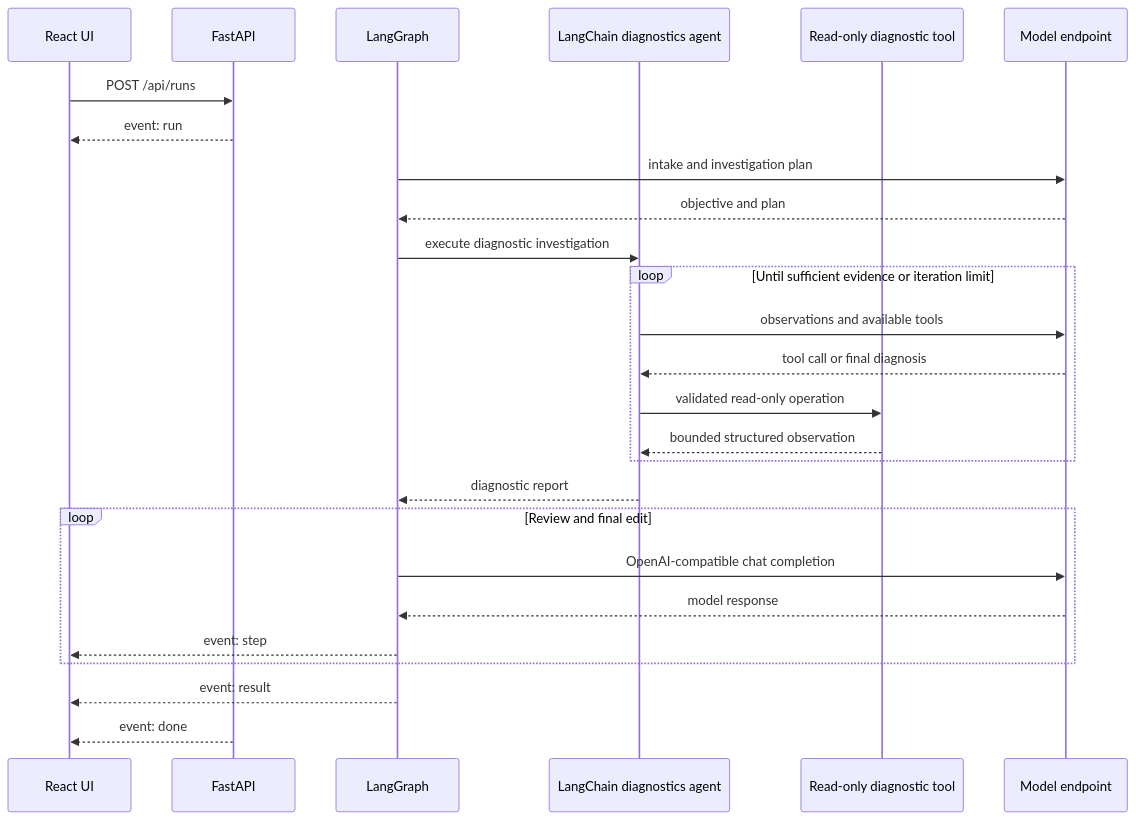
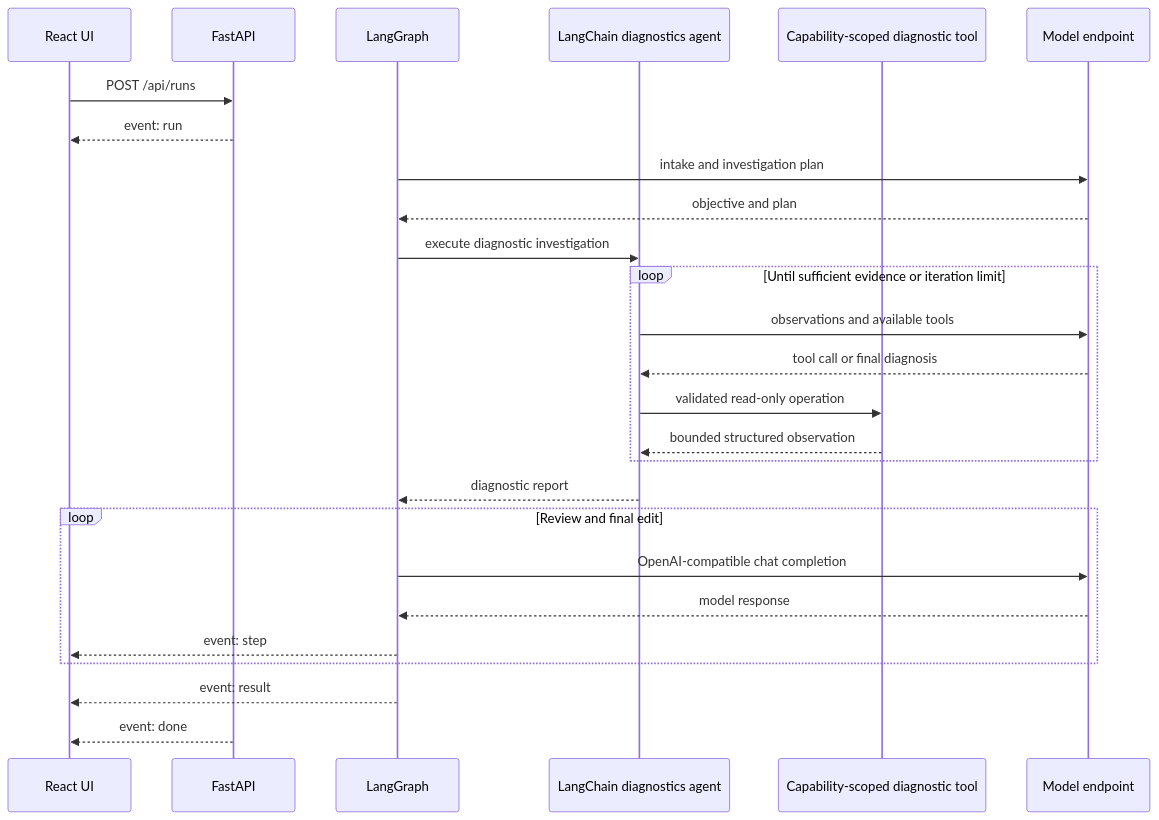
One commit to shailesh7382/agentic-flow changed the fourth of 4 diagrams in README.md. Above: the diagram before and after it, drawn with Mermaid. The commit also changed other lines of this file and 20 other files, not shown here.

````diff
--- a/README.md
+++ b/README.md
@@ -135,29 +136,29 @@
 ```mermaid
 sequenceDiagram
     participant UI as React UI
     participant API as FastAPI
     participant Graph as LangGraph
     participant Agent as LangChain diagnostics agent
-    participant Tool as Read-only diagnostic tool
+    participant Tool as Capability-scoped diagnostic tool
     participant LM as Model endpoint
 
     UI->>API: POST /api/runs
     API-->>UI: event: run
     Graph->>LM: intake and investigation plan
     LM-->>Graph: objective and plan
     Graph->>Agent: execute diagnostic investigation
     loop Until sufficient evidence or iteration limit
         Agent->>LM: observations and available tools
         LM-->>Agent: tool call or final diagnosis
         Agent->>Tool: validated read-only operation
         Tool-->>Agent: bounded structured observation
     end
     Agent-->>Graph: diagnostic report
     loop Review and final edit
         Graph->>LM: OpenAI-compatible chat completion
         LM-->>Graph: model response
         Graph-->>UI: event: step
     end
     Graph-->>UI: event: result
     API-->>UI: event: done
 ```
````
